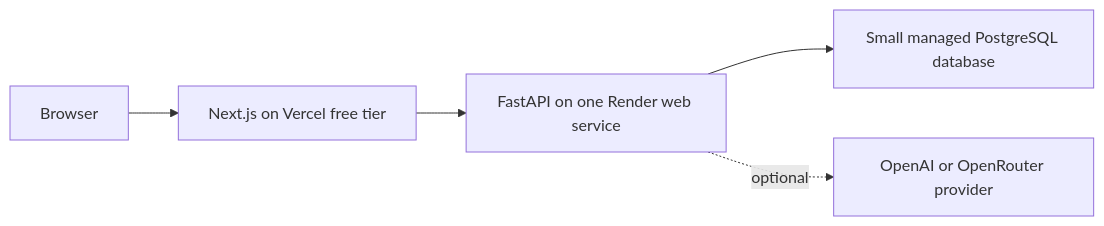
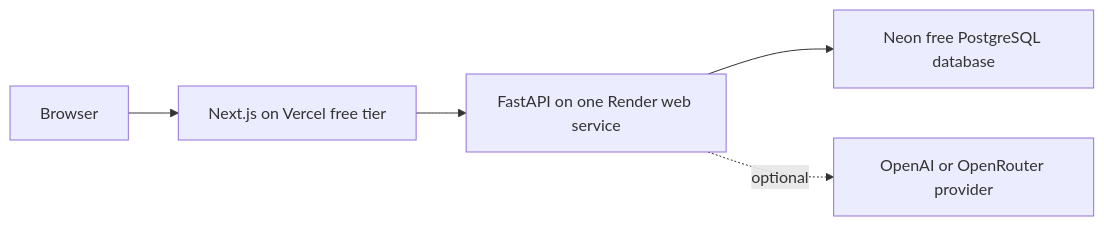
One commit to davidpal3c/NZeroESG_Scope3 changed the diagram in docs/infrastructure.md. Above: the diagram before and after it, drawn with Mermaid. The commit also changed other lines of this file and 8 other files, not shown here.

````diff
--- a/docs/infrastructure.md
+++ b/docs/infrastructure.md
@@ -8,7 +8,7 @@
 ```mermaid
 flowchart LR
     A[Browser] --> B[Next.js on Vercel free tier]
     B --> C[FastAPI on one Render web service]
-    C --> D[Small managed PostgreSQL database]
+    C --> D[Neon free PostgreSQL database]
     C -. optional .-> E[OpenAI or OpenRouter provider]
 ```
````
